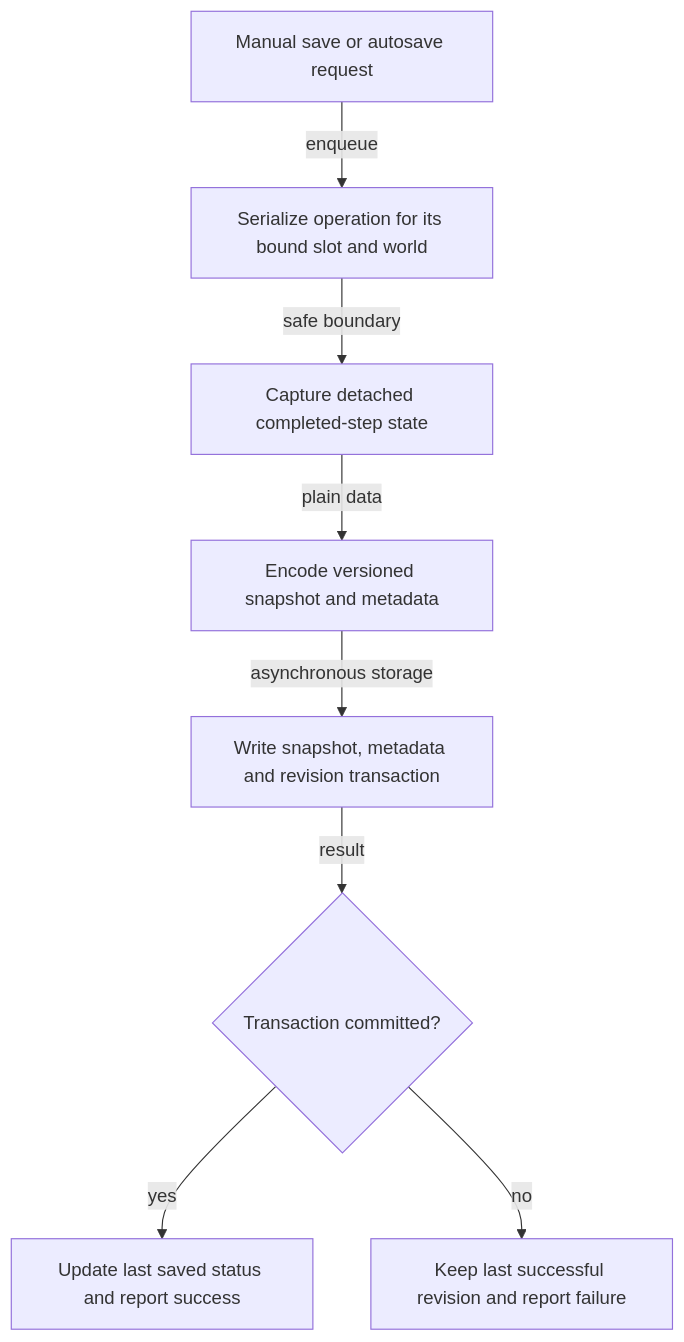
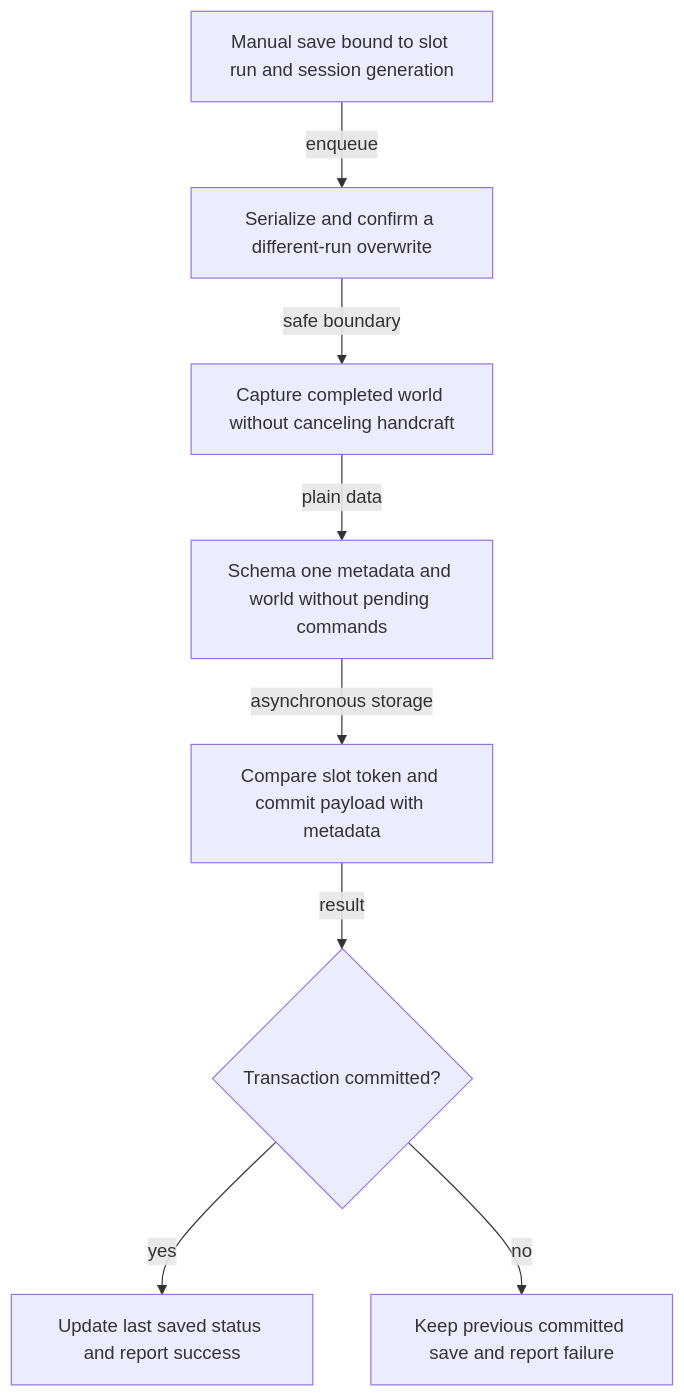
The third of 5 diagrams in docs/plans/README.md (Googlproxer/Scrapworks), drawn with Mermaid before and after one commit. The commit also changed other lines of this file and 77 other files, not shown here.

````diff
--- a/docs/plans/README.md
+++ b/docs/plans/README.md
@@ -206,19 +217,19 @@
 ```mermaid
 flowchart TB
-    Request[Manual save or autosave request]
-    Queue[Serialize operation for its bound slot and world]
-    Capture[Capture detached completed-step state]
-    Encode[Encode versioned snapshot and metadata]
-    Write[Write snapshot, metadata and revision transaction]
+    Request[Manual save bound to slot run and session generation]
+    Queue[Serialize and confirm a different-run overwrite]
+    Capture[Capture completed world without canceling handcraft]
+    Encode[Schema one metadata and world without pending commands]
+    Write[Compare slot token and commit payload with metadata]
     Commit{Transaction committed?}
     Success[Update last saved status and report success]
-    Failure[Keep last successful revision and report failure]
+    Failure[Keep previous committed save and report failure]
 
     Request -->|enqueue| Queue
     Queue -->|safe boundary| Capture
     Capture -->|plain data| Encode
     Encode -->|asynchronous storage| Write
     Write -->|result| Commit
     Commit -->|yes| Success
     Commit -->|no| Failure
 ```
````
